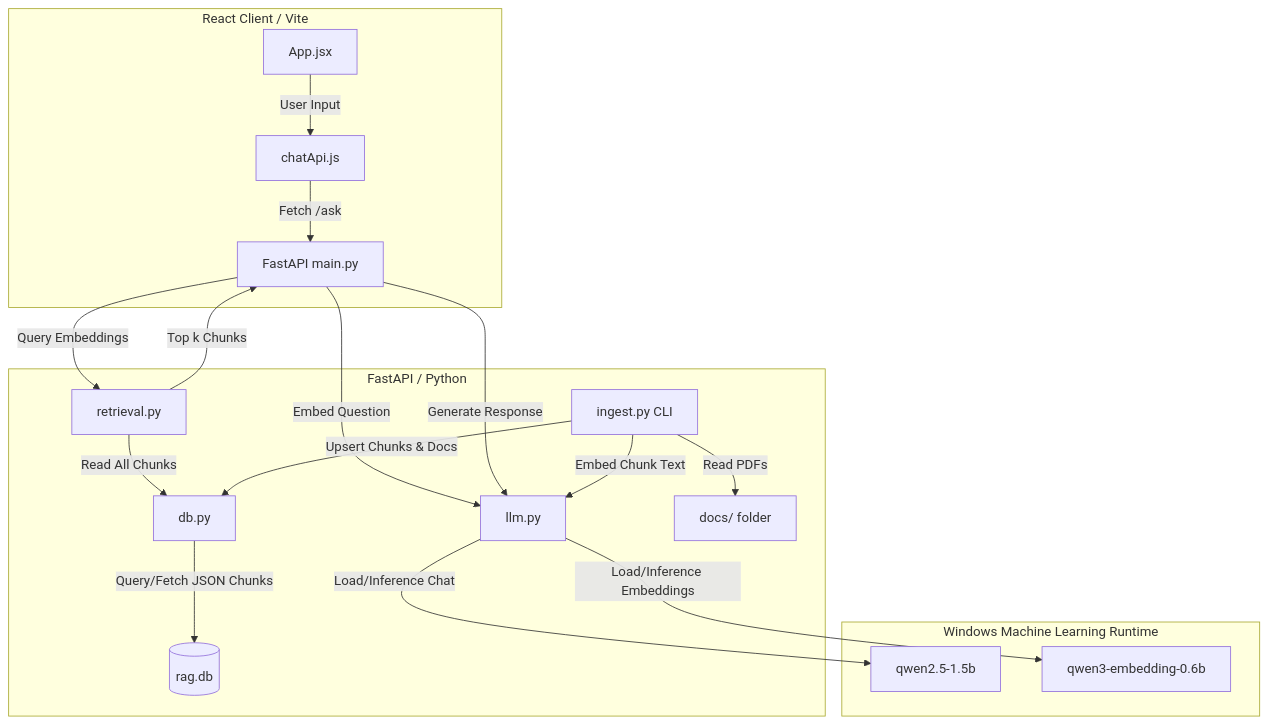
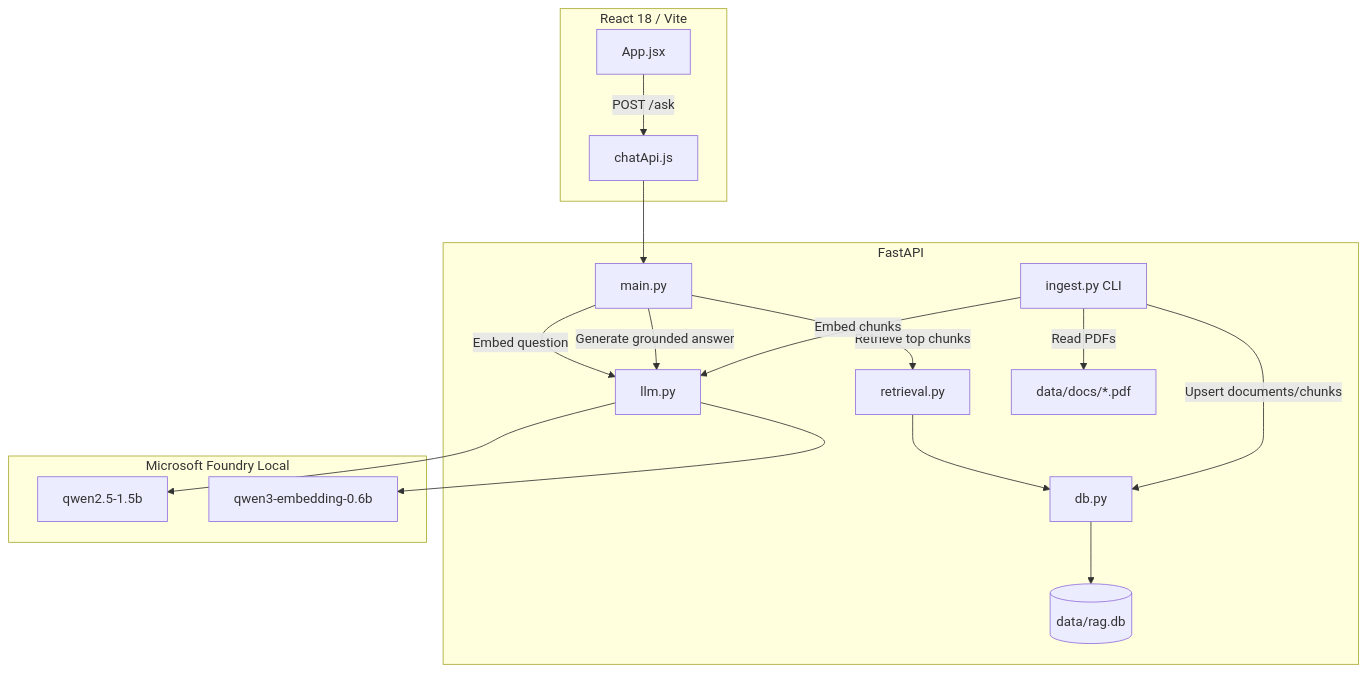
Before and after one commit to yigituygun8/rag-assistant: the diagram in architecture_analysis.md, drawn with Mermaid. The commit also changed other lines of this file and 1 other file, not shown here.

Commit message:
docs: align project documentation with current architecture

````diff
--- a/architecture_analysis.md
+++ b/architecture_analysis.md
@@ -9,26 +7,24 @@
 ```mermaid
 graph TD
-    subgraph Frontend [React Client / Vite]
-        UI[App.jsx] -->|User Input| API[chatApi.js]
-        API -->|Fetch /ask| Server[FastAPI main.py]
+    subgraph Frontend [React 18 / Vite]
+        UI[App.jsx] -->|POST /ask| API[chatApi.js]
     end
 
-    subgraph Backend [FastAPI / Python]
-        Server -->|Embed Question| LLM[llm.py]
-        Server -->|Query Embeddings| Retrieval[retrieval.py]
-        Retrieval -->|Read All Chunks| DB[db.py]
-        DB -->|Query/Fetch JSON Chunks| SQLite[(rag.db)]
-        
-        Retrieval -->|Top k Chunks| Server
-        Server -->|Generate Response| LLM
-        
-        Ingest[ingest.py CLI] -->|Read PDFs| PDF[docs/ folder]
-        Ingest -->|Embed Chunk Text| LLM
-        Ingest -->|Upsert Chunks & Docs| DB
+    subgraph Backend [FastAPI]
+        API --> Server[main.py]
+        Server -->|Embed question| LLM[llm.py]
+        Server -->|Retrieve top chunks| Retrieval[retrieval.py]
+        Retrieval --> DB[db.py]
+        DB --> SQLite[(data/rag.db)]
+        Server -->|Generate grounded answer| LLM
+
+        Ingest[ingest.py CLI] -->|Read PDFs| Docs[data/docs/*.pdf]
+        Ingest -->|Embed chunks| LLM
+        Ingest -->|Upsert documents/chunks| DB
     end
 
-    subgraph Hardware [Windows Machine Learning Runtime]
-        LLM -->|Load/Inference Chat| QwenChat[qwen2.5-1.5b]
-        LLM -->|Load/Inference Embeddings| QwenEmbed[qwen3-embedding-0.6b]
+    subgraph Runtime [Microsoft Foundry Local]
+        LLM --> Chat[qwen2.5-1.5b]
+        LLM --> Embed[qwen3-embedding-0.6b]
     end
 ```
````
